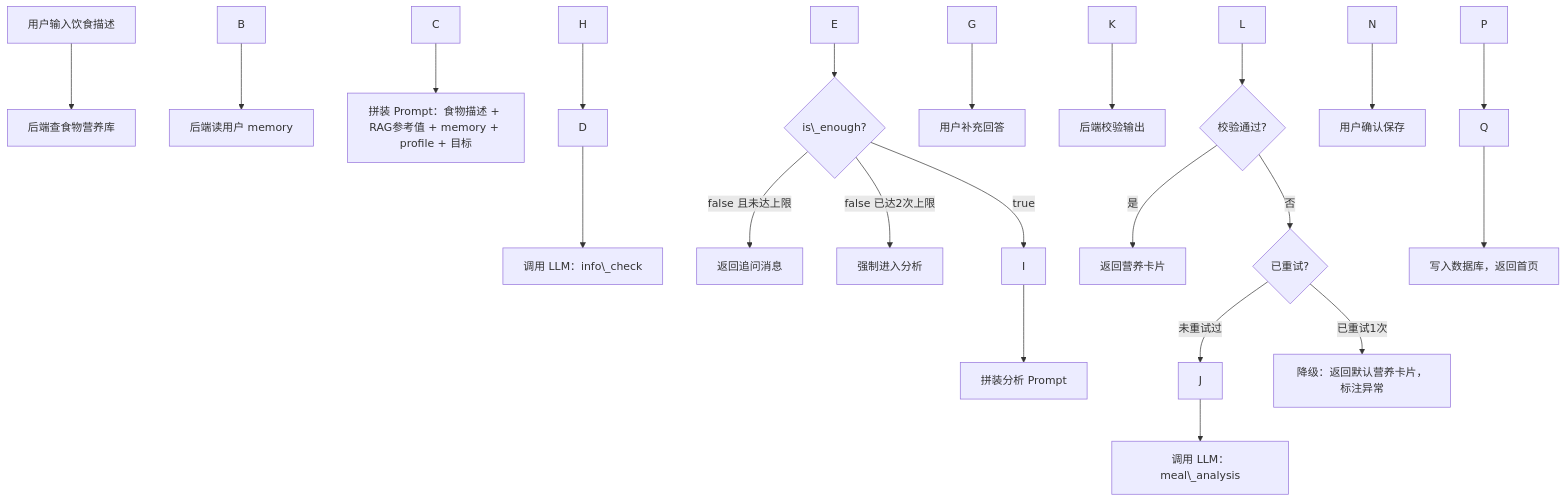
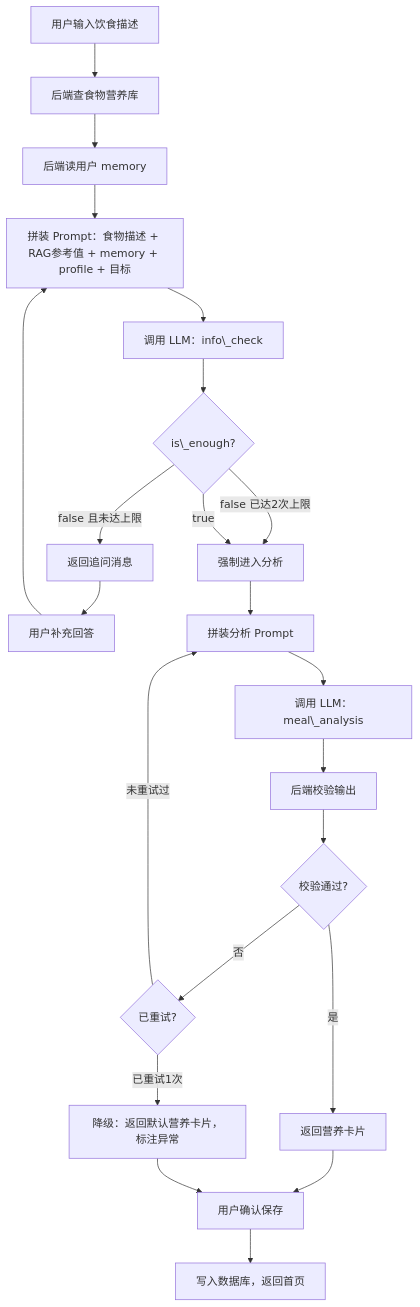
One commit to BB-BOO/shiguangji changed the sixth of 10 diagrams in docs/食光记-PRD-最终版.md. Above: the diagram before and after it, drawn with Mermaid. The commit also changed other lines of this file and 3 other files, not shown here.

````diff
--- a/docs/食光记-PRD-最终版.md
+++ b/docs/食光记-PRD-最终版.md
@@ -510,24 +510,24 @@
 ```mermaid
 flowchart TD
-    A\[用户输入饮食描述] --> B\[后端查食物营养库]
-    B --> C\[后端读用户 memory]
-    C --> D\[拼装 Prompt：食物描述 + RAG参考值 + memory + profile + 目标]
-    D --> E\[调用 LLM：info\_check]
+    A[用户输入饮食描述] --> B[后端查食物营养库]
+    B --> C[后端读用户 memory]
+    C --> D[拼装 Prompt：食物描述 + RAG参考值 + memory + profile + 目标]
+    D --> E[调用 LLM：info\_check]
     E --> F{is\_enough?}
-    F -->|false 且未达上限| G\[返回追问消息]
-    G --> H\[用户补充回答]
+    F -->|false 且未达上限| G[返回追问消息]
+    G --> H[用户补充回答]
     H --> D
-    F -->|false 已达2次上限| I\[强制进入分析]
+    F -->|false 已达2次上限| I[强制进入分析]
     F -->|true| I
-    I --> J\[拼装分析 Prompt]
-    J --> K\[调用 LLM：meal\_analysis]
-    K --> L\[后端校验输出]
+    I --> J[拼装分析 Prompt]
+    J --> K[调用 LLM：meal\_analysis]
+    K --> L[后端校验输出]
     L --> M{校验通过?}
-    M -->|是| N\[返回营养卡片]
+    M -->|是| N[返回营养卡片]
     M -->|否| O{已重试?}
     O -->|未重试过| J
-    O -->|已重试1次| P\[降级：返回默认营养卡片，标注异常]
-    N --> Q\[用户确认保存]
+    O -->|已重试1次| P[降级：返回默认营养卡片，标注异常]
+    N --> Q[用户确认保存]
     P --> Q
-    Q --> R\[写入数据库，返回首页]
+    Q --> R[写入数据库，返回首页]
 ```
````
